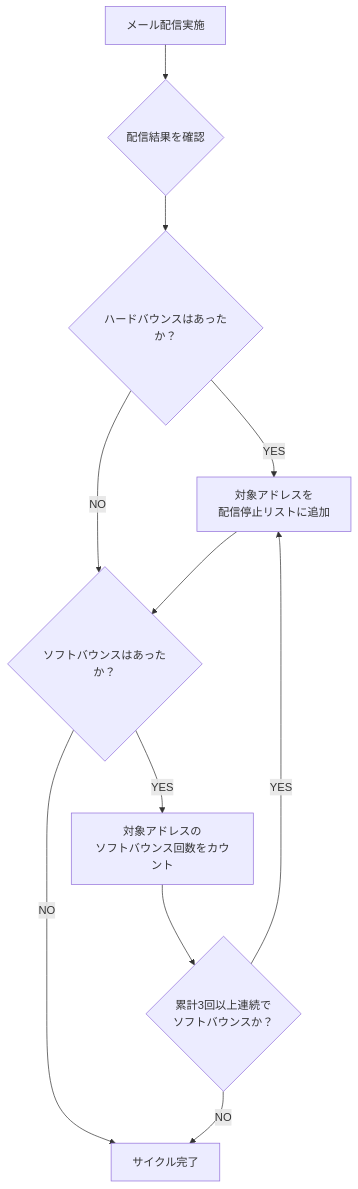
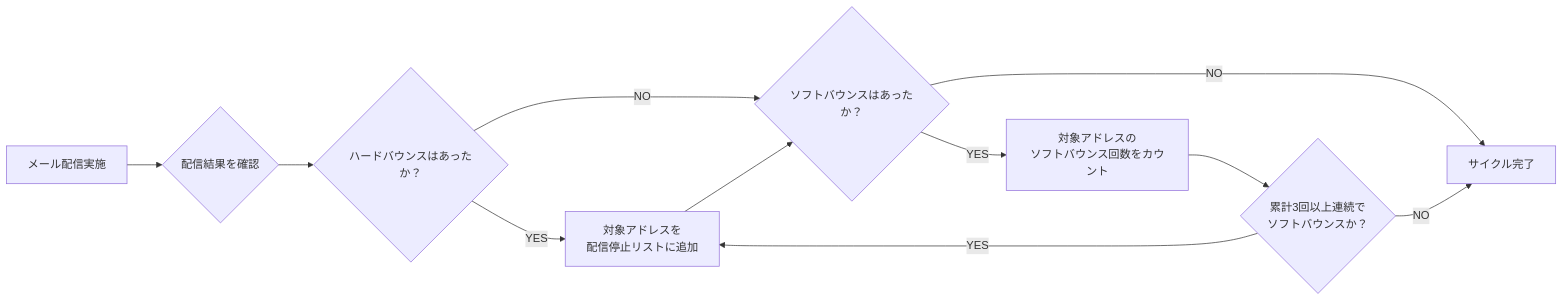
The fourth of 7 diagrams in documents/forMail/mail_guidelines.md (future-architect/arch-guidelines), drawn with Mermaid before and after one commit. The commit also changed other lines of this file and 17 other files, not shown here.

````diff
--- a/documents/forMail/mail_guidelines.md
+++ b/documents/forMail/mail_guidelines.md
@@ -616,13 +611,13 @@
 ```mermaid
-flowchart TD
+flowchart LR
     A[メール配信実施] --> B{配信結果を確認};
     B --> C{ハードバウンスはあったか？};
     C -- YES --> D[対象アドレスを<br>配信停止リストに追加];
     C -- NO --> E{ソフトバウンスはあったか？};
     D --> E;
     E -- YES --> F[対象アドレスの<br>ソフトバウンス回数をカウント];
     E -- NO --> G[サイクル完了];
     F --> H{累計3回以上連続で<br>ソフトバウンスか？};
     H -- YES --> D;
     H -- NO --> G;
 ```
````
